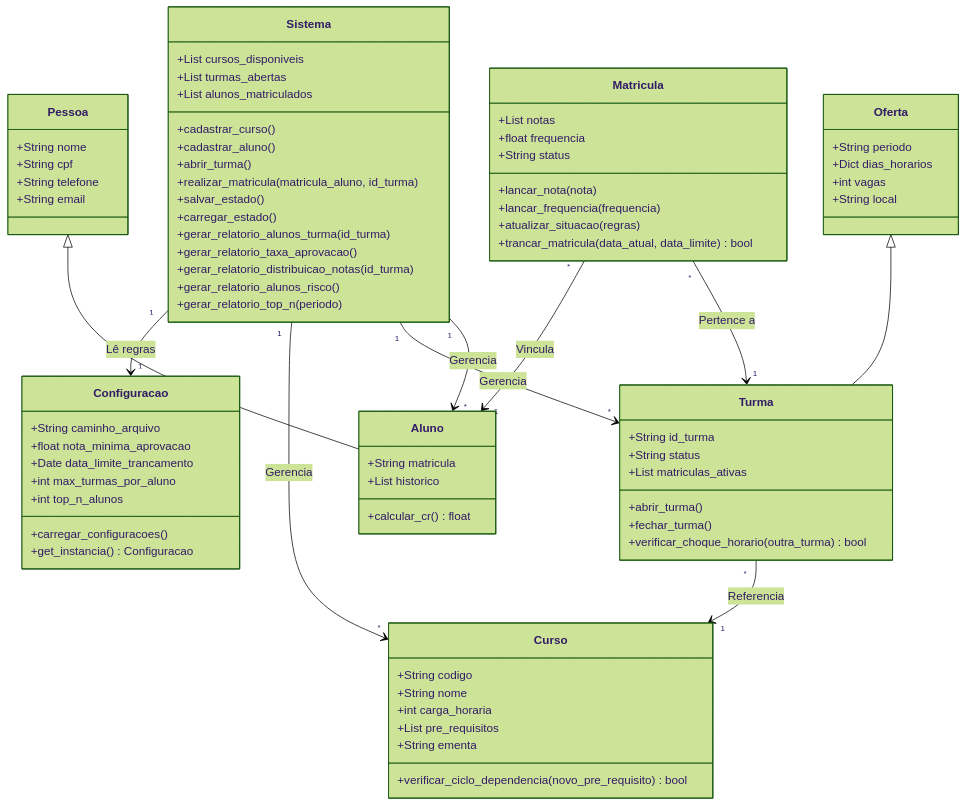
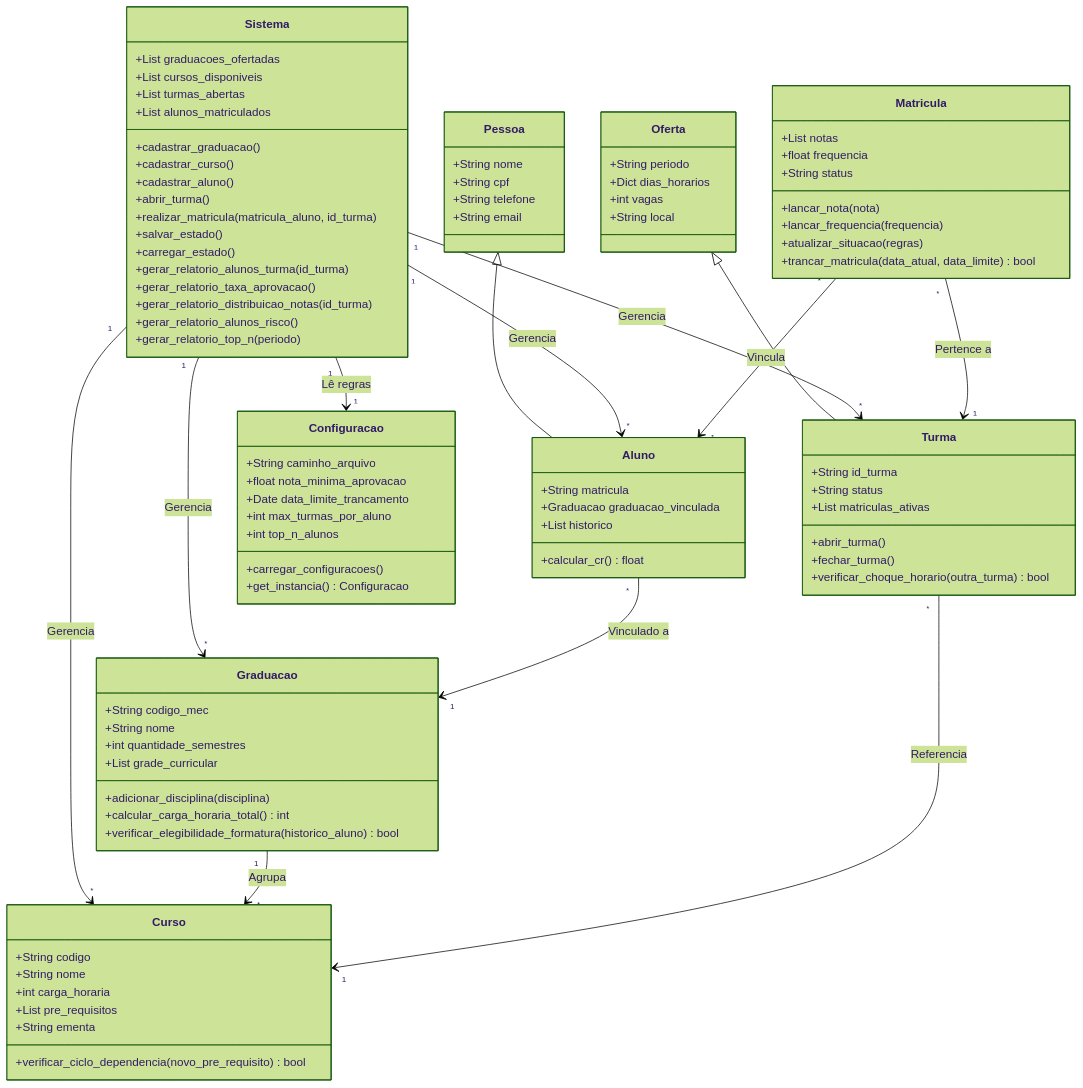
Before and after one commit to tiagopds-dev/Gerenciador-de-Cursos-e-Alunos: the diagram in README.md, drawn with Mermaid (forest theme). The commit also changed other lines of this file, not shown here.

Commit message:
atualiza readme com a inclusão de nova classe na descrição e no diagrama de classes

```diff
--- a/README.md
+++ b/README.md
@@ -35,6 +35,7 @@
 
     class Aluno {
         +String matricula
+        +Graduacao graduacao_vinculada
         +List historico
         +calcular_cr() float
     }
@@ -56,6 +57,16 @@
     }
 
     %% Classes de Domínio Acadêmico
+    class Graduacao {
+        +String codigo_mec
+        +String nome
+        +int quantidade_semestres
+        +List grade_curricular
+        +adicionar_disciplina(disciplina)
+        +calcular_carga_horaria_total() int
+        +verificar_elegibilidade_formatura(historico_aluno) bool
+    }
+
     class Curso {
         +String codigo
         +String nome
@@ -87,9 +98,11 @@
     }
 
     class Sistema {
+        +List graduacoes_ofertadas
         +List cursos_disponiveis
         +List turmas_abertas
         +List alunos_matriculados
+        +cadastrar_graduacao()
         +cadastrar_curso()
         +cadastrar_aluno()
         +abrir_turma()
@@ -109,11 +122,14 @@
 
     %% 2. Relações do Sistema (Força o Sistema a ficar no topo)
     Sistema "1" --> "1" Configuracao : Lê regras
+    Sistema "1" --> "*" Graduacao : Gerencia
     Sistema "1" --> "*" Curso : Gerencia
     Sistema "1" --> "*" Turma : Gerencia
     Sistema "1" --> "*" Aluno : Gerencia
 
-    %% 3. Relações Associativas (Empurra a Matrícula para a base, evitando cruzamentos)
+    %% 3. Relações Associativas Acadêmicas
+    Graduacao "1" --> "*" Curso : Agrupa
+    Aluno "*" --> "1" Graduacao : Vinculado a
     Turma "*" --> "1" Curso : Referencia
     Matricula "*" --> "1" Aluno : Vincula
     Matricula "*" --> "1" Turma : Pertence a
```
